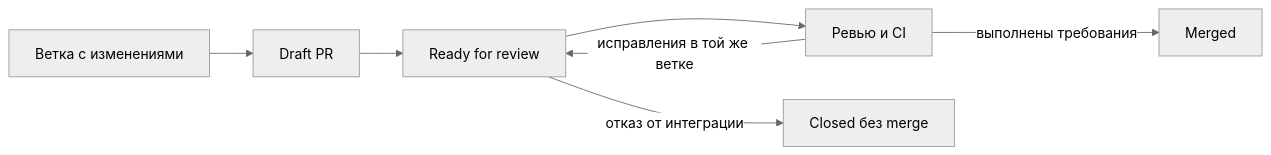
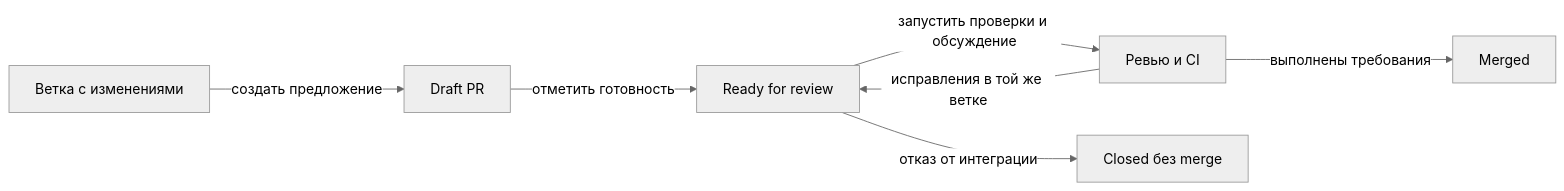
One commit to IAMN1/devrefsnap changed the diagram in tools/github-pull-requests/README.md. Above: the diagram before and after it, drawn with Mermaid (neutral theme). The commit also changed other lines of this file and 14 other files, not shown here.

````diff
--- a/tools/github-pull-requests/README.md
+++ b/tools/github-pull-requests/README.md
@@ -73,9 +76,9 @@
 ```mermaid
 flowchart LR
-    A[Ветка с изменениями] --> B[Draft PR]
-    B --> C[Ready for review]
-    C --> D[Ревью и CI]
+    A[Ветка с изменениями] -->|создать предложение| B[Draft PR]
+    B -->|отметить готовность| C[Ready for review]
+    C -->|запустить проверки и обсуждение| D[Ревью и CI]
     D -->|исправления в той же ветке| C
     D -->|выполнены требования| E[Merged]
     C -->|отказ от интеграции| F[Closed без merge]
 ```
````
